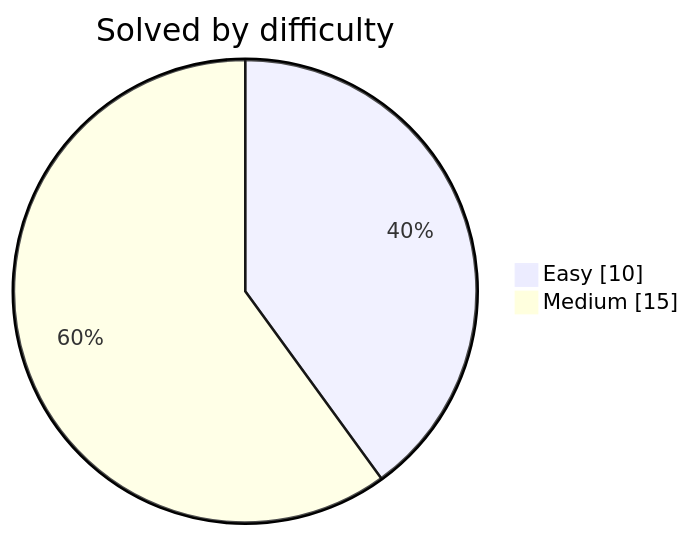
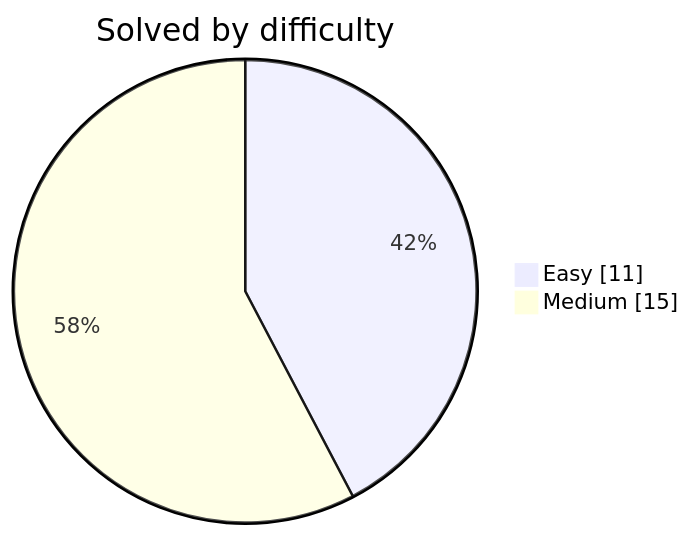
One commit to DwijeshD/leetcode-solutions changed the diagram in README.md. Above: the diagram before and after it, drawn with Mermaid. The commit also changed other lines of this file and 2 other files, not shown here.

````diff
--- a/README.md
+++ b/README.md
@@ -31,6 +31,6 @@
 ```mermaid
 pie showData
     title Solved by difficulty
-    "Easy" : 10
+    "Easy" : 11
     "Medium" : 15
 ```
````
